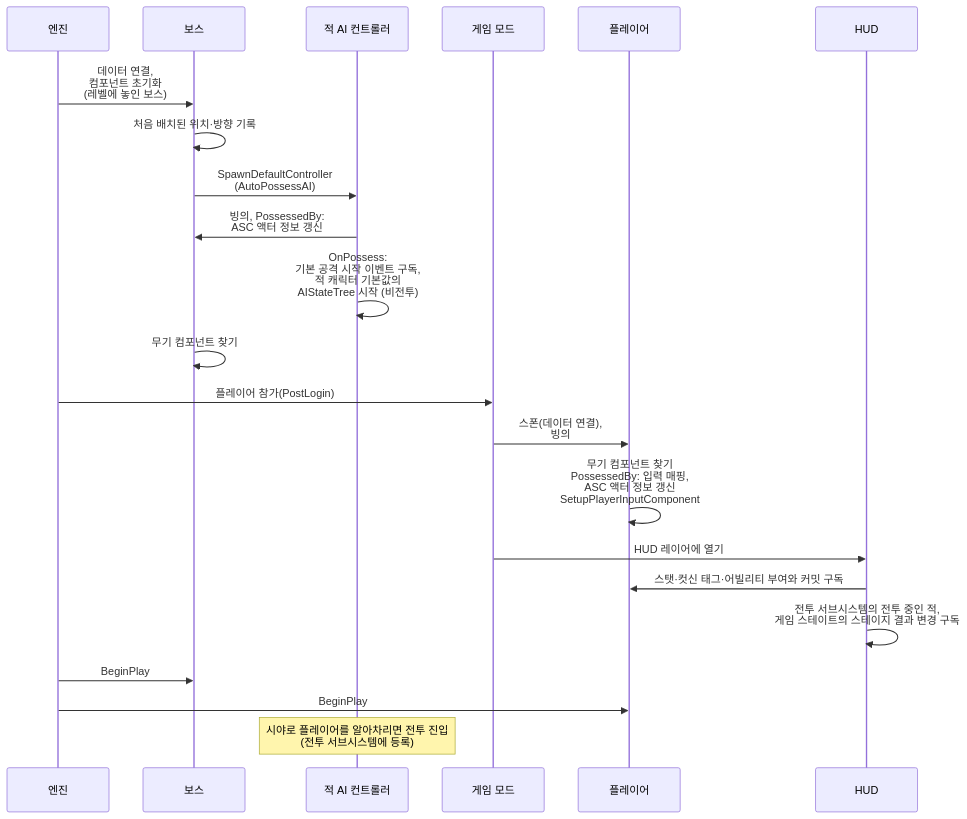
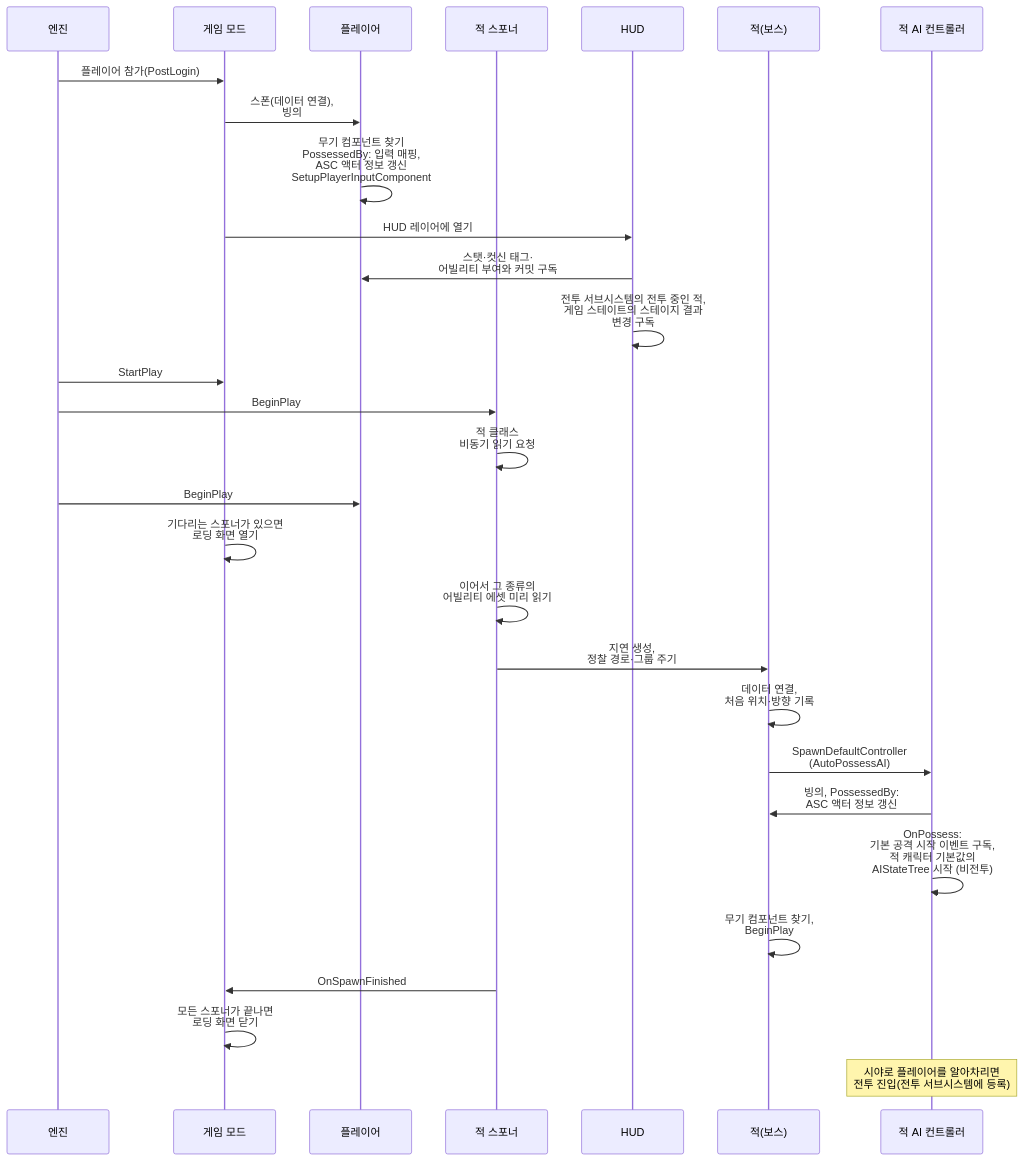
The fourth of 7 diagrams in Docs/Architecture/캐릭터 기반 구조와 GAS.md (Woogl/Ag), drawn with Mermaid before and after one commit. The commit also changed other lines of this file and 15 other files, not shown here.

````diff
--- a/Docs/Architecture/캐릭터 기반 구조와 GAS.md
+++ b/Docs/Architecture/캐릭터 기반 구조와 GAS.md
@@ -256,24 +266,31 @@
 ```mermaid
 sequenceDiagram
     participant E as 엔진
-    participant B as 보스
-    participant AI as 적 AI 컨트롤러
     participant GM as 게임 모드
     participant P as 플레이어
+    participant S as 적 스포너
     participant H as HUD
-    E->>B: 데이터 연결,<br>컴포넌트 초기화<br>(레벨에 놓인 보스)
-    B->>B: 처음 배치된 위치·방향 기록
-    B->>AI: SpawnDefaultController<br>(AutoPossessAI)
-    AI->>B: 빙의, PossessedBy:<br>ASC 액터 정보 갱신
-    AI->>AI: OnPossess:<br>기본 공격 시작 이벤트 구독,<br>적 캐릭터 기본값의<br>AIStateTree 시작 (비전투)
-    B->>B: 무기 컴포넌트 찾기
+    participant B as 적(보스)
+    participant AI as 적 AI 컨트롤러
     E->>GM: 플레이어 참가(PostLogin)
     GM->>P: 스폰(데이터 연결),<br>빙의
     P->>P: 무기 컴포넌트 찾기<br>PossessedBy: 입력 매핑,<br>ASC 액터 정보 갱신<br>SetupPlayerInputComponent
     GM->>H: HUD 레이어에 열기
-    H->>P: 스탯·컷신 태그·어빌리티 부여와 커밋 구독
-    H->>H: 전투 서브시스템의 전투 중인 적,<br>게임 스테이트의 스테이지 결과 변경 구독
-    E->>B: BeginPlay
+    H->>P: 스탯·컷신 태그·<br>어빌리티 부여와 커밋 구독
+    H->>H: 전투 서브시스템의 전투 중인 적,<br>게임 스테이트의 스테이지 결과<br>변경 구독
+    E->>GM: StartPlay
+    E->>S: BeginPlay
+    S->>S: 적 클래스<br>비동기 읽기 요청
     E->>P: BeginPlay
-    Note over AI: 시야로 플레이어를 알아차리면 전투 진입<br>(전투 서브시스템에 등록)
+    GM->>GM: 기다리는 스포너가 있으면<br>로딩 화면 열기
+    S->>S: 이어서 그 종류의<br>어빌리티 에셋 미리 읽기
+    S->>B: 지연 생성,<br>정찰 경로·그룹 주기
+    B->>B: 데이터 연결,<br>처음 위치·방향 기록
+    B->>AI: SpawnDefaultController<br>(AutoPossessAI)
+    AI->>B: 빙의, PossessedBy:<br>ASC 액터 정보 갱신
+    AI->>AI: OnPossess:<br>기본 공격 시작 이벤트 구독,<br>적 캐릭터 기본값의<br>AIStateTree 시작 (비전투)
+    B->>B: 무기 컴포넌트 찾기,<br>BeginPlay
+    S->>GM: OnSpawnFinished
+    GM->>GM: 모든 스포너가 끝나면<br>로딩 화면 닫기
+    Note over AI: 시야로 플레이어를 알아차리면<br>전투 진입(전투 서브시스템에 등록)
 ```
````
